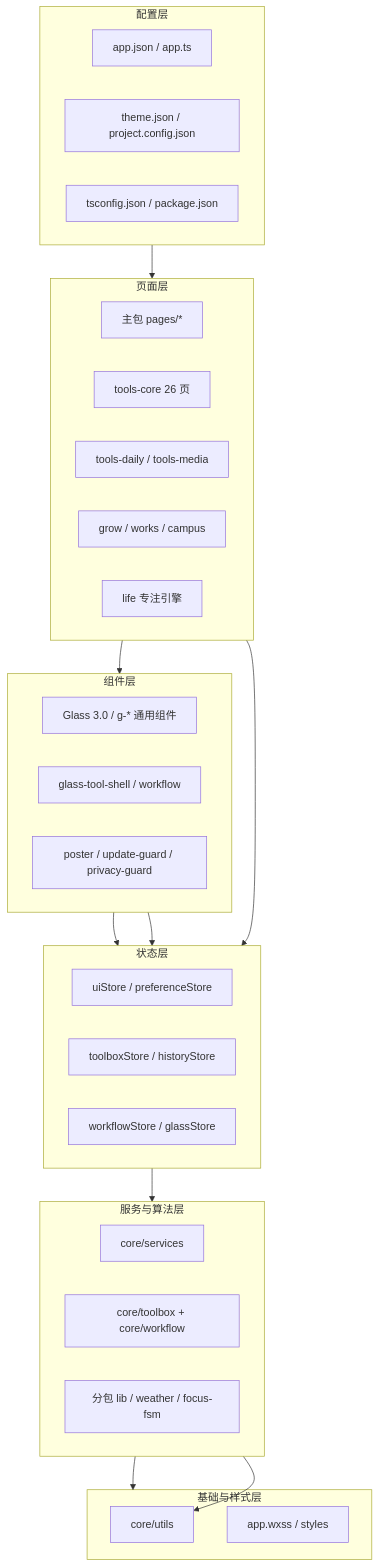
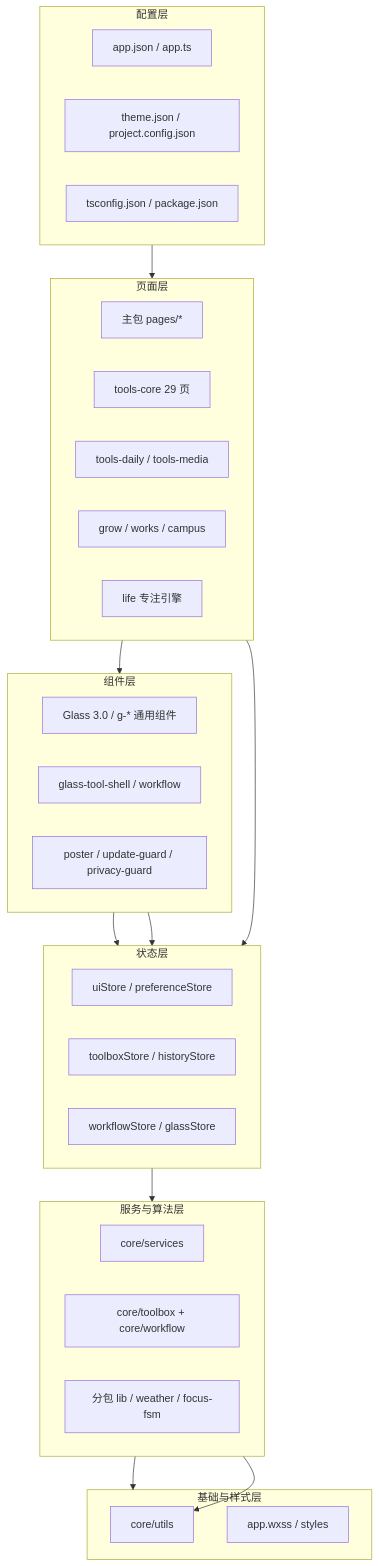
Before and after one commit to kkkh/super-happy: the first of 16 diagrams in CODE_WIKI.md, drawn with Mermaid. The commit also changed other lines of this file and 9 other files, not shown here.

````diff
--- a/CODE_WIKI.md
+++ b/CODE_WIKI.md
@@ -87,42 +87,42 @@
 ```mermaid
 flowchart TB
   subgraph L1[配置层]
     A1["app.json / app.ts"]
     A2["theme.json / project.config.json"]
     A3["tsconfig.json / package.json"]
   end
   subgraph L2[页面层]
     P1["主包 pages/*"]
-    P2["tools-core 26 页"]
+    P2["tools-core 29 页"]
     P3["tools-daily / tools-media"]
     P4["grow / works / campus"]
     P5["life 专注引擎"]
   end
   subgraph L3[组件层]
     C1["Glass 3.0 / g-* 通用组件"]
     C2["glass-tool-shell / workflow"]
     C3["poster / update-guard / privacy-guard"]
   end
   subgraph L4[状态层]
     S1["uiStore / preferenceStore"]
     S2["toolboxStore / historyStore"]
     S3["workflowStore / glassStore"]
   end
   subgraph L5[服务与算法层]
     V1["core/services"]
     V2["core/toolbox + core/workflow"]
     V3["分包 lib / weather / focus-fsm"]
   end
   subgraph L6[基础与样式层]
     B1["core/utils"]
     B2["app.wxss / styles"]
   end
   L1 --> L2
   L2 --> L3
   L3 --> L4
   L4 --> L5
   L5 --> L6
   L2 --> L4
   L3 --> L4
   L5 --> B1
 ```
````
